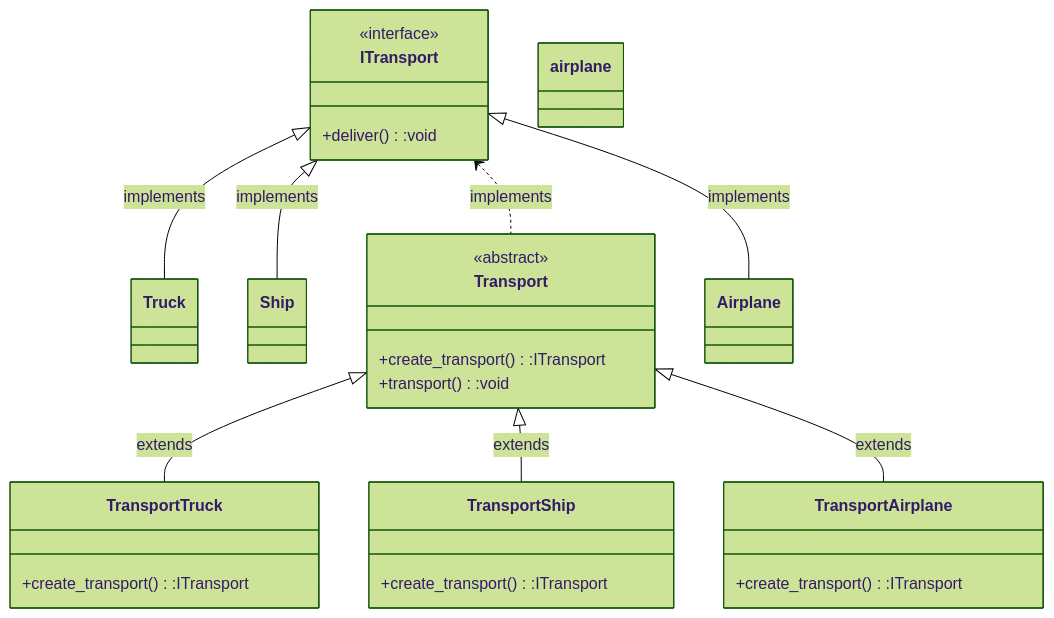
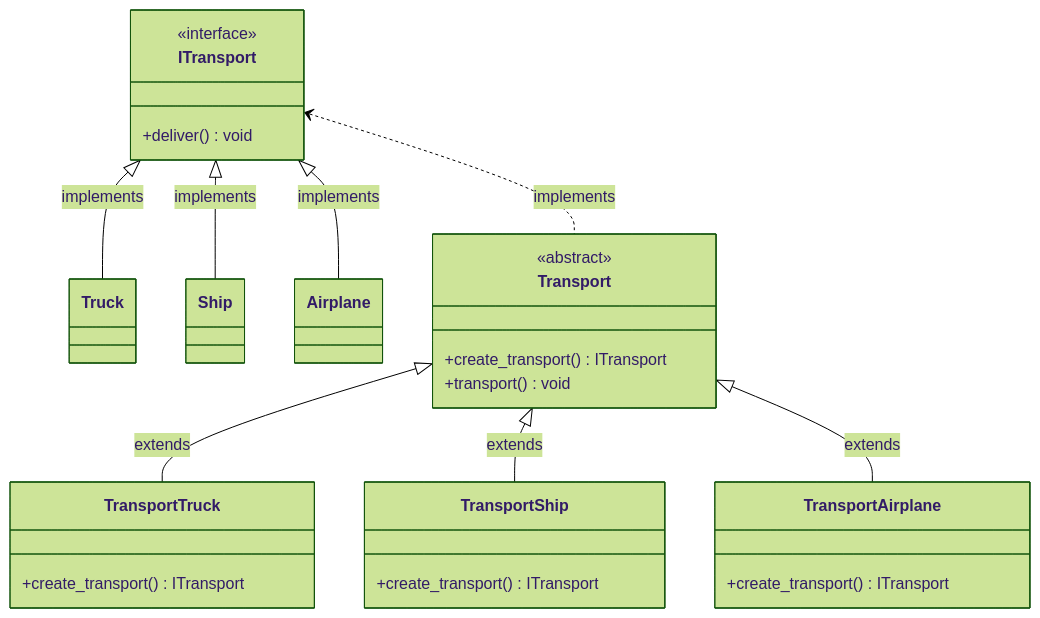
The third of 3 diagrams in Design-Patterns-v0/README.md (TaiChi112/TYPESCRIPT), drawn with Mermaid (forest theme) before and after one commit. The commit also changed other lines of this file, not shown here.

Commit message:
fix: correct method syntax in Mermaid diagrams in README.md

````diff
--- a/Design-Patterns-v0/README.md
+++ b/Design-Patterns-v0/README.md
@@ -79,37 +79,37 @@
 ```mermaid
 classDiagram
     class ITransport{
         <<interface>>
-        +deliver():void
+        +deliver()void
     }
     class Truck{
 
     }
     class Ship{
 
     }
-    class airplane{
+    class Airplane{
 
     }
     class Transport{
         <<abstract>>
-        +create_transport():ITransport
-        +transport():void
+        +create_transport()ITransport
+        +transport()void
     }
     class TransportTruck{
-        +create_transport():ITransport
+        +create_transport()ITransport
     }
     class TransportShip{
-        +create_transport():ITransport
+        +create_transport()ITransport
     }
     class TransportAirplane{
-        +create_transport():ITransport
+        +create_transport()ITransport
     }
     ITransport <|-- Truck:implements
     ITransport <|-- Ship:implements
     ITransport <|-- Airplane:implements
     Transport <|-- TransportTruck:extends
     Transport <|-- TransportShip:extends
     Transport <|-- TransportAirplane:extends
     ITransport <.. Transport:implements
 ```
````
